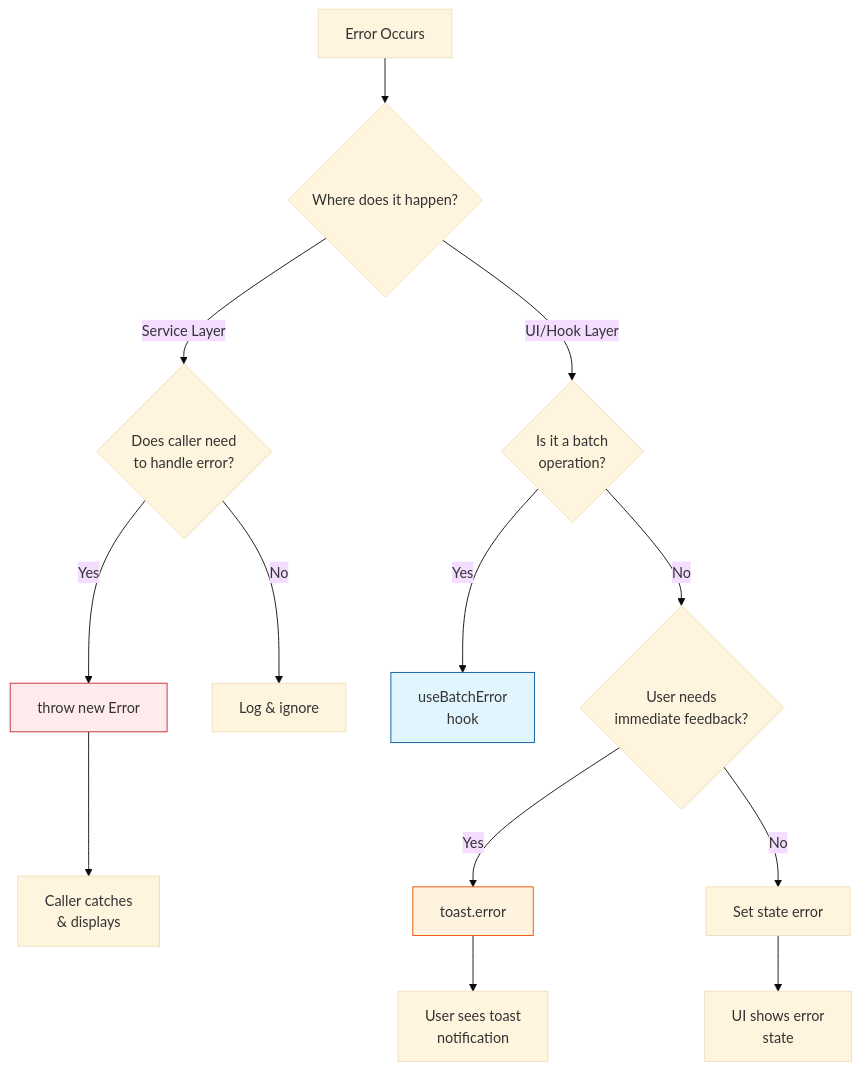
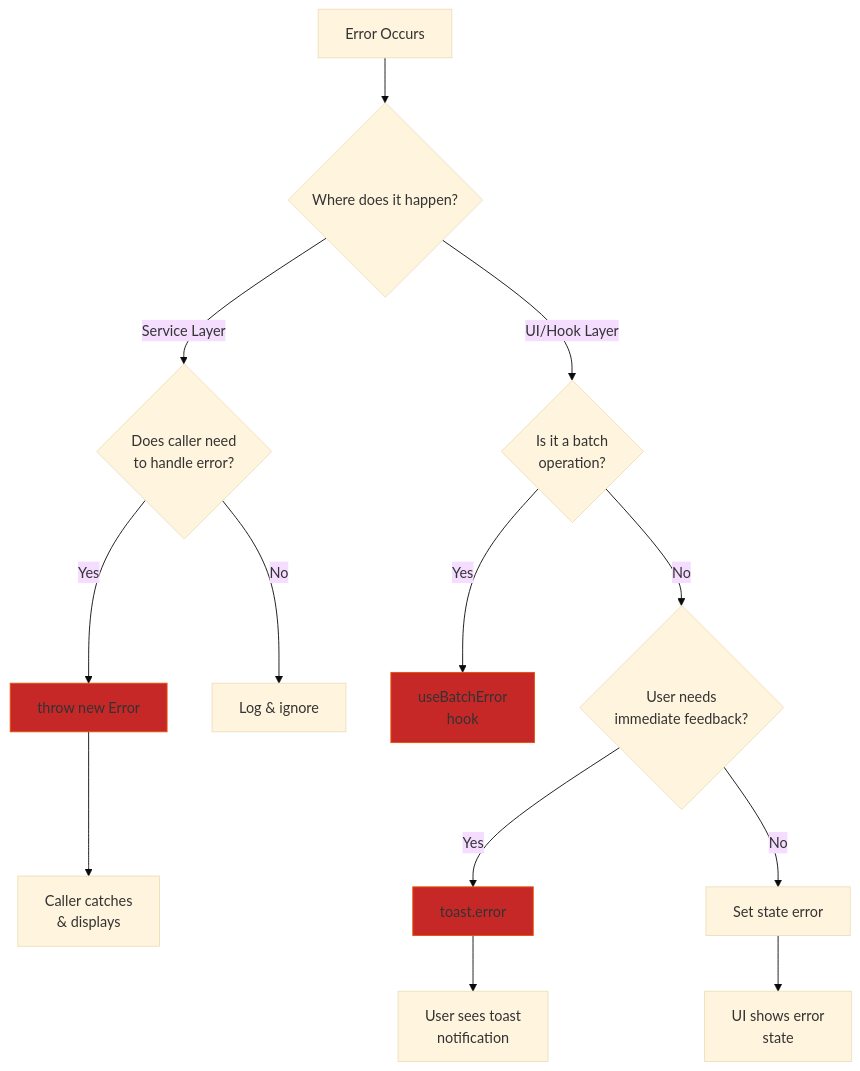
The second of 2 diagrams in contributing.md (Amp-Manager/docs), drawn with Mermaid (base theme) before and after one commit. The commit also changed other lines of this file and 1 other file, not shown here.

````diff
--- a/contributing.md
+++ b/contributing.md
@@ -144,23 +144,23 @@
 ```mermaid
 flowchart TD
     A[Error Occurs] --> B{Where does it happen?}
 
     B -->|Service Layer| C{Does caller need<br/>to handle error?}
     C -->|Yes| D[throw new Error]
     C -->|No| E[Log & ignore]
 
     B -->|UI/Hook Layer| F{Is it a batch<br/>operation?}
     F -->|Yes| G[useBatchError<br/>hook]
     F -->|No| H{User needs<br/>immediate feedback?}
 
     H -->|Yes| I[toast.error]
     H -->|No| J[Set state error]
 
     D --> K[Caller catches<br/>& displays]
     I --> L[User sees toast<br/>notification]
     J --> M[UI shows error<br/>state]
 
-    style D fill:#ffebee,stroke:#c62828
-    style I fill:#fff3e0,stroke:#e65100
-    style G fill:#e1f5fe,stroke:#01579b
+    style D fill:#c62828,stroke:#e65100
+    style I fill:#c62828,stroke:#e65100
+    style G fill:#c62828,stroke:#e65100
 ```
````
